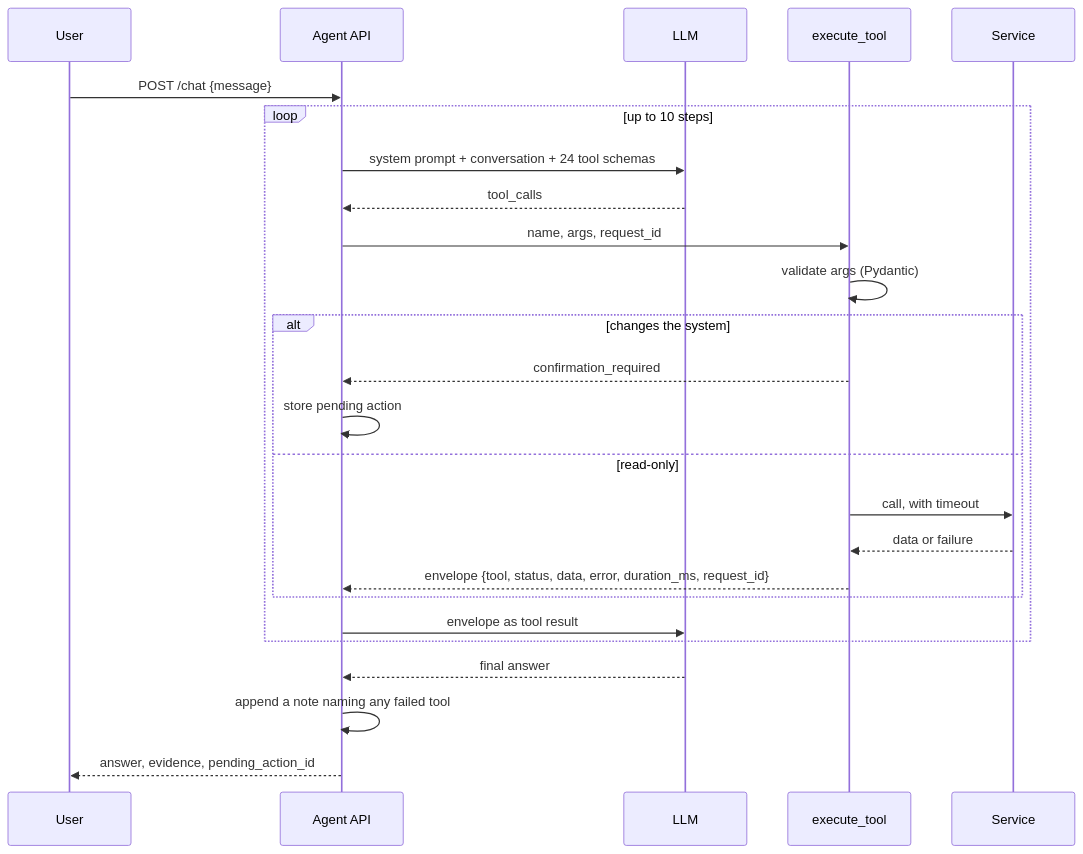
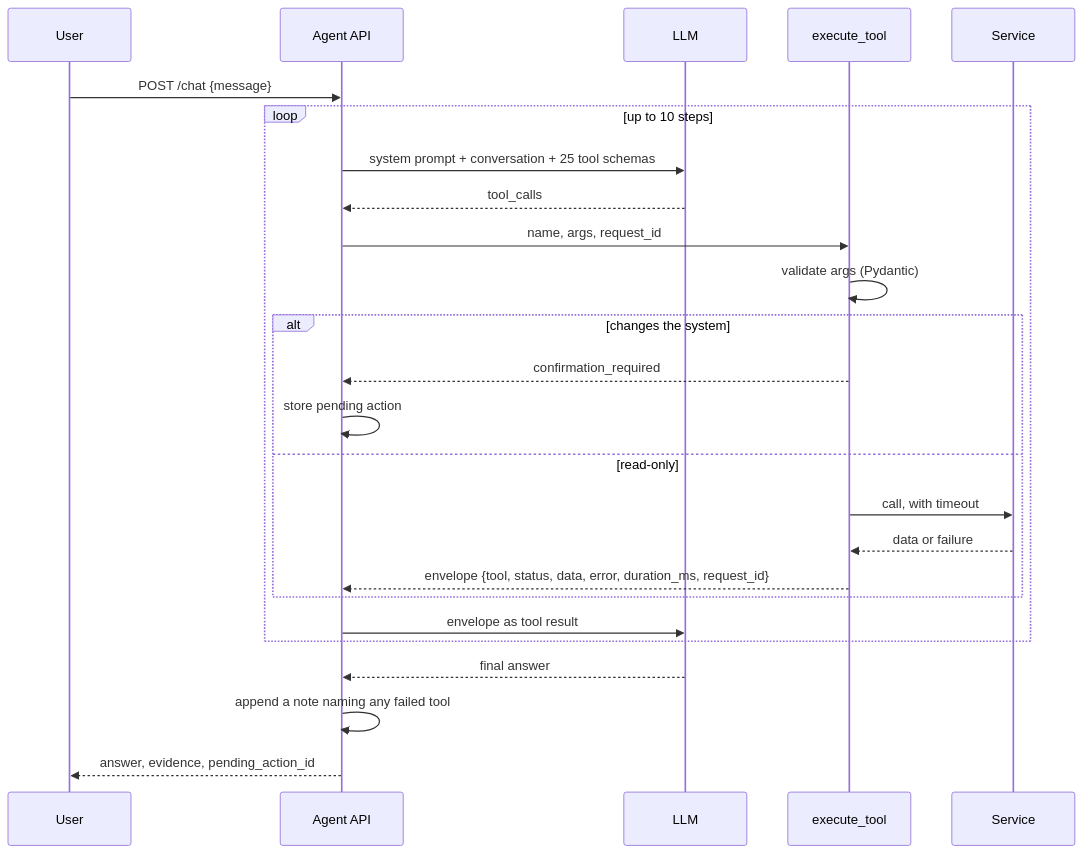
The third of 6 diagrams in architecture.md (lioncovehx/grounded-mlops-agent), drawn with Mermaid before and after one commit. The commit also changed other lines of this file and 13 other files, not shown here.

````diff
--- a/architecture.md
+++ b/architecture.md
@@ -61,28 +61,28 @@
 ```mermaid
 sequenceDiagram
     participant U as User
     participant A as Agent API
     participant L as LLM
     participant X as execute_tool
     participant S as Service
 
     U->>A: POST /chat {message}
     loop up to 10 steps
-        A->>L: system prompt + conversation + 24 tool schemas
+        A->>L: system prompt + conversation + 25 tool schemas
         L-->>A: tool_calls
         A->>X: name, args, request_id
         X->>X: validate args (Pydantic)
         alt changes the system
             X-->>A: confirmation_required
             A->>A: store pending action
         else read-only
             X->>S: call, with timeout
             S-->>X: data or failure
             X-->>A: envelope {tool, status, data, error, duration_ms, request_id}
         end
         A->>L: envelope as tool result
     end
     L-->>A: final answer
     A->>A: append a note naming any failed tool
     A-->>U: answer, evidence, pending_action_id
 ```
````
